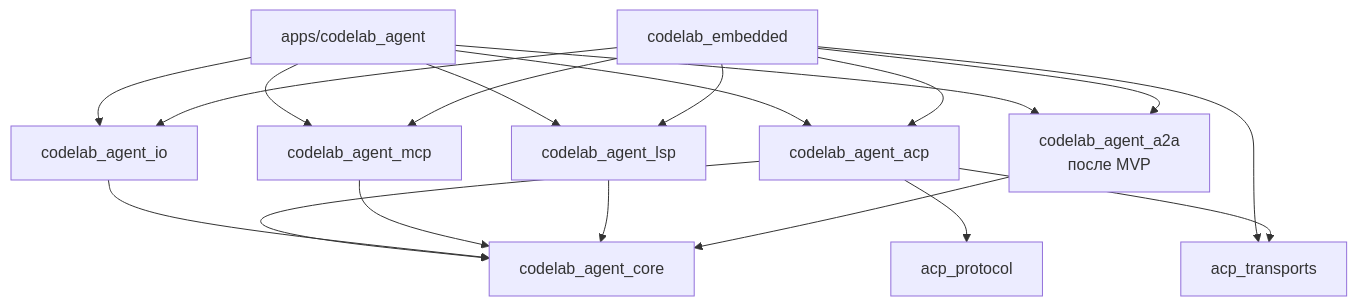
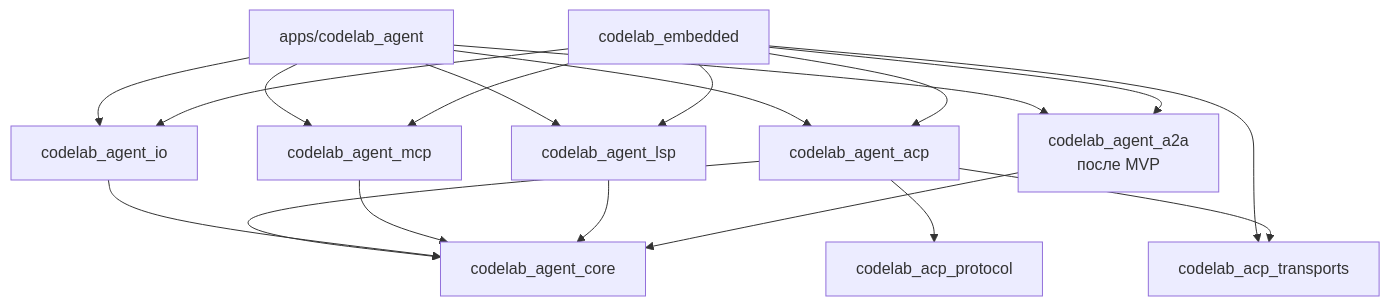
The diagram in docs/architecture/proposals/agent-core/01-layers-and-packages.md (pese-git/codelab-app), drawn with Mermaid before and after one commit. The commit also changed other lines of this file and 608 other files, not shown here.

First line of the commit message:
refactor: переименовать пакеты по схеме codelab_<сторона>_<слой> (ADR-0002)

````diff
--- a/docs/architecture/proposals/agent-core/01-layers-and-packages.md
+++ b/docs/architecture/proposals/agent-core/01-layers-and-packages.md
@@ -28,21 +28,21 @@
 ```mermaid
 flowchart TB
     APP["apps/codelab_agent"] --> ACPA["codelab_agent_acp"]
     APP --> IO["codelab_agent_io"]
     APP --> MCP["codelab_agent_mcp"]
     APP --> LSP["codelab_agent_lsp"]
     EMB["codelab_embedded"] --> ACPA
     EMB --> IO
     EMB --> MCP
     EMB --> LSP
-    EMB --> TR["acp_transports"]
+    EMB --> TR["codelab_acp_transports"]
     ACPA --> CORE["codelab_agent_core"]
-    ACPA --> PROTO["acp_protocol"]
+    ACPA --> PROTO["codelab_acp_protocol"]
     ACPA --> TR
     IO --> CORE
     MCP --> CORE
     LSP --> CORE
     APP --> A2A["codelab_agent_a2a<br/>после MVP"]
     EMB --> A2A
     A2A --> CORE
 ```
````
